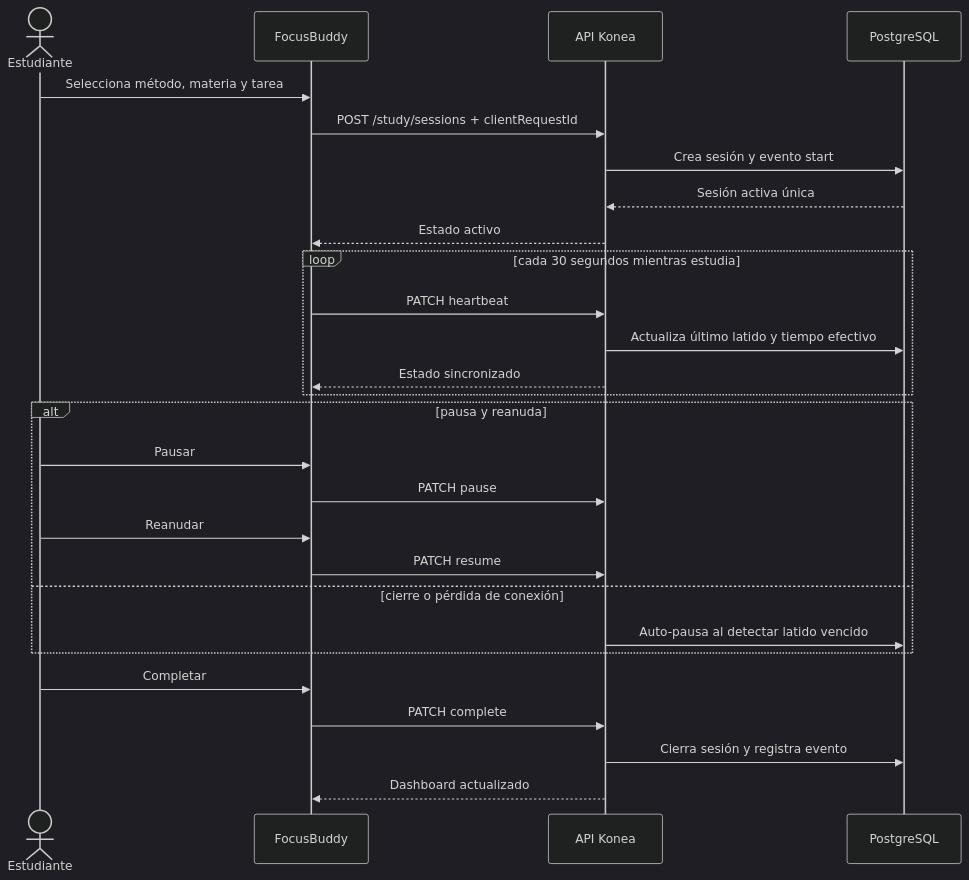
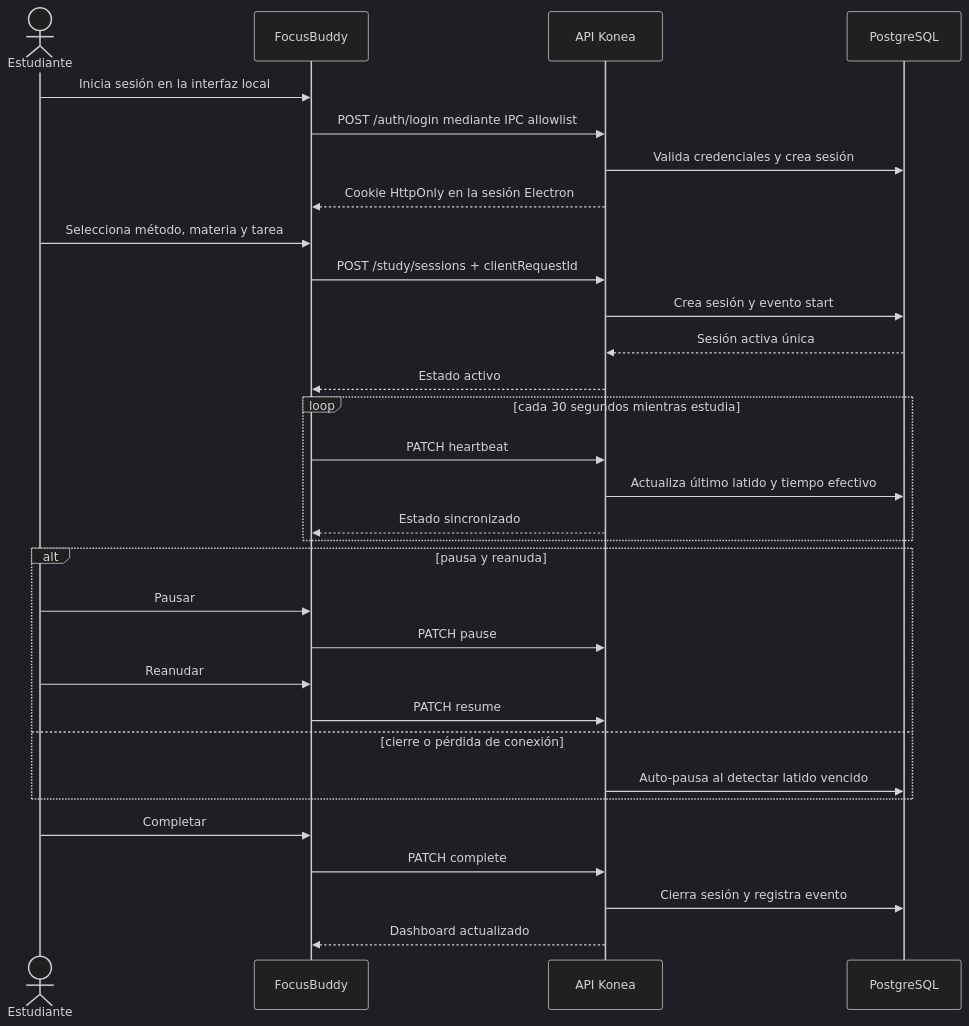
Before and after one commit to SrCazuela/Konea-Rebirth: the third of 6 diagrams in docs/diagrams.md, drawn with Mermaid (dark theme). The commit also changed other lines of this file and 104 other files, not shown here.

````diff
--- a/docs/diagrams.md
+++ b/docs/diagrams.md
@@ -104,33 +106,38 @@
 ```mermaid
 sequenceDiagram
   actor U as Estudiante
   participant F as FocusBuddy
   participant A as API Konea
   participant D as PostgreSQL
+
+  U->>F: Inicia sesión en la interfaz local
+  F->>A: POST /auth/login mediante IPC allowlist
+  A->>D: Valida credenciales y crea sesión
+  A-->>F: Cookie HttpOnly en la sesión Electron
 
   U->>F: Selecciona método, materia y tarea
   F->>A: POST /study/sessions + clientRequestId
   A->>D: Crea sesión y evento start
   D-->>A: Sesión activa única
   A-->>F: Estado activo
 
   loop cada 30 segundos mientras estudia
     F->>A: PATCH heartbeat
     A->>D: Actualiza último latido y tiempo efectivo
     A-->>F: Estado sincronizado
   end
 
   alt pausa y reanuda
     U->>F: Pausar
     F->>A: PATCH pause
     U->>F: Reanudar
     F->>A: PATCH resume
   else cierre o pérdida de conexión
     A->>D: Auto-pausa al detectar latido vencido
   end
 
   U->>F: Completar
   F->>A: PATCH complete
   A->>D: Cierra sesión y registra evento
   A-->>F: Dashboard actualizado
 ```
````
